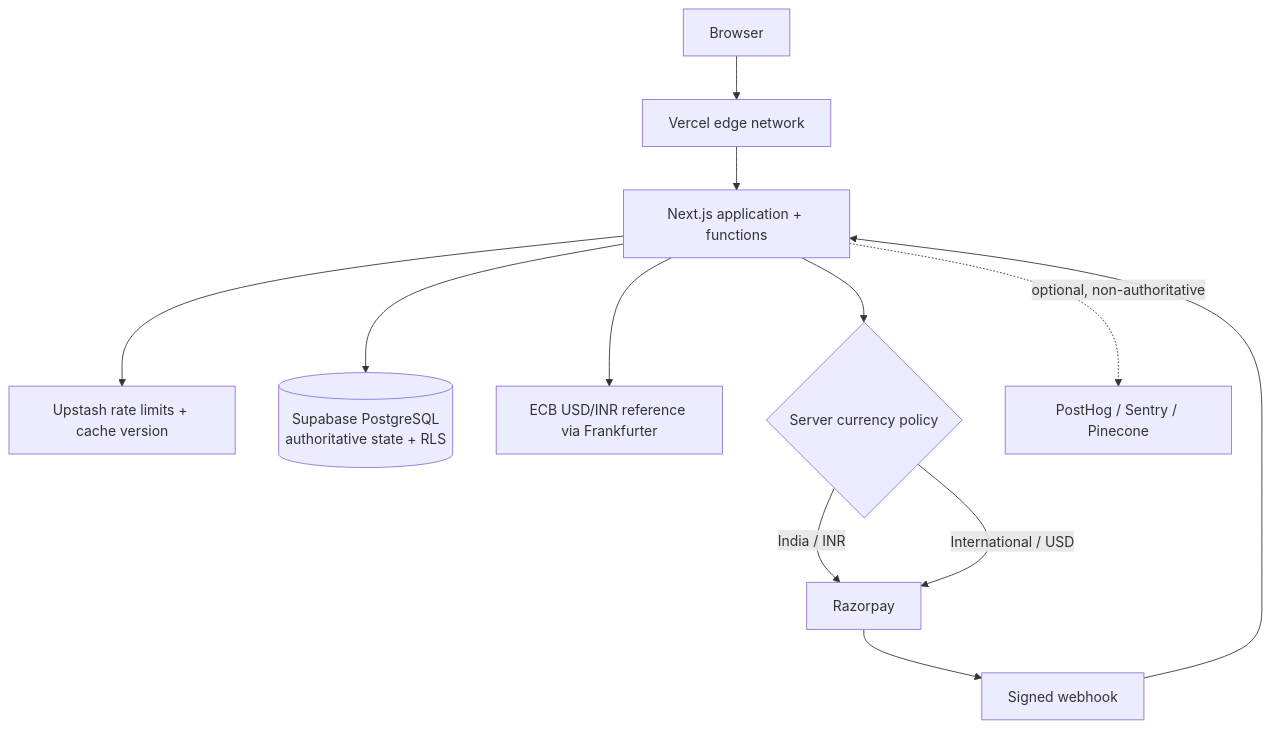
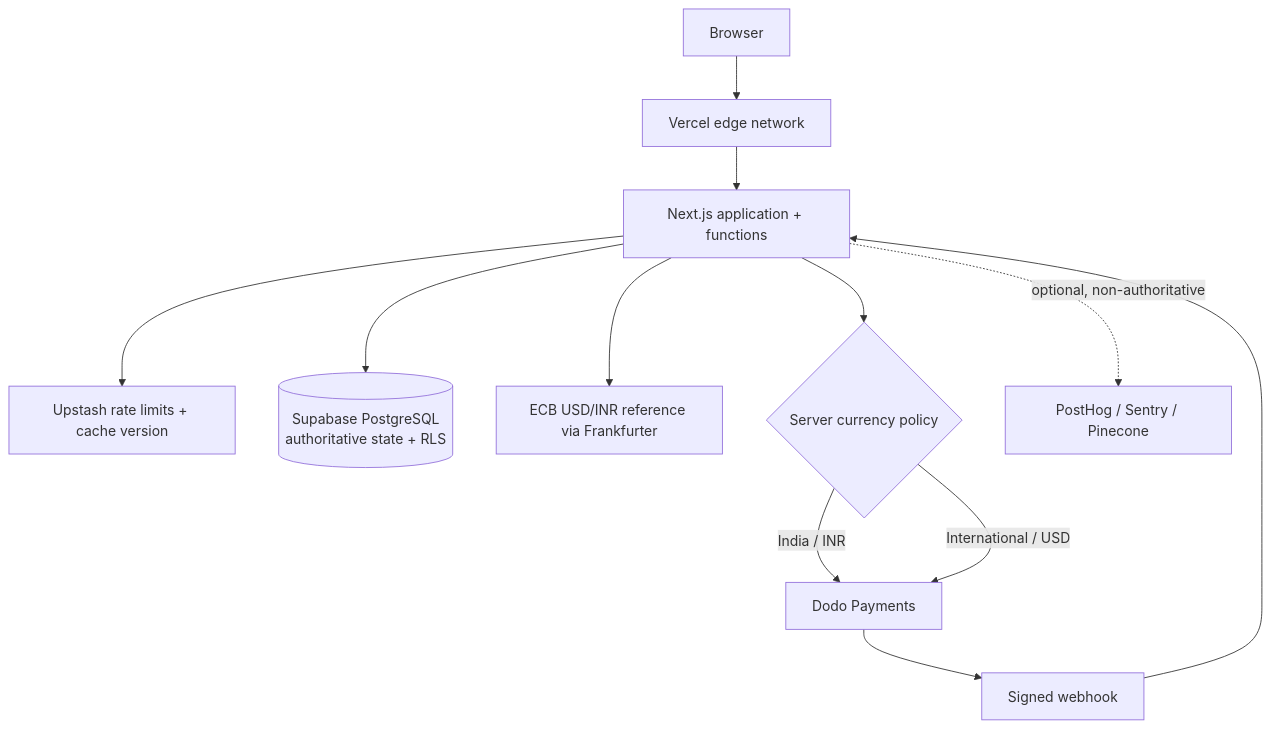
One commit to anbv29/myday changed the diagram in README.md. Above: the diagram before and after it, drawn with Mermaid. The commit also changed other lines of this file and 1 other file, not shown here.

Commit message:
Document Dodo products, Vercel secrets and staged provider migration

````diff
--- a/README.md
+++ b/README.md
@@ -18,14 +18,14 @@
 ```mermaid
 flowchart TD
   U[Browser] --> C[Vercel edge network]
   C --> N[Next.js application + functions]
   N --> R[Upstash rate limits + cache version]
   N --> S[(Supabase PostgreSQL\nauthoritative state + RLS)]
   N --> F[ECB USD/INR reference via Frankfurter]
   N --> P{Server currency policy}
-  P -->|India / INR| Z[Razorpay]
+  P -->|India / INR| Z[Dodo Payments]
   P -->|International / USD| Z
   Z --> W[Signed webhook]
   W --> N
   N -. optional, non-authoritative .-> O[PostHog / Sentry / Pinecone]
 ```
````
